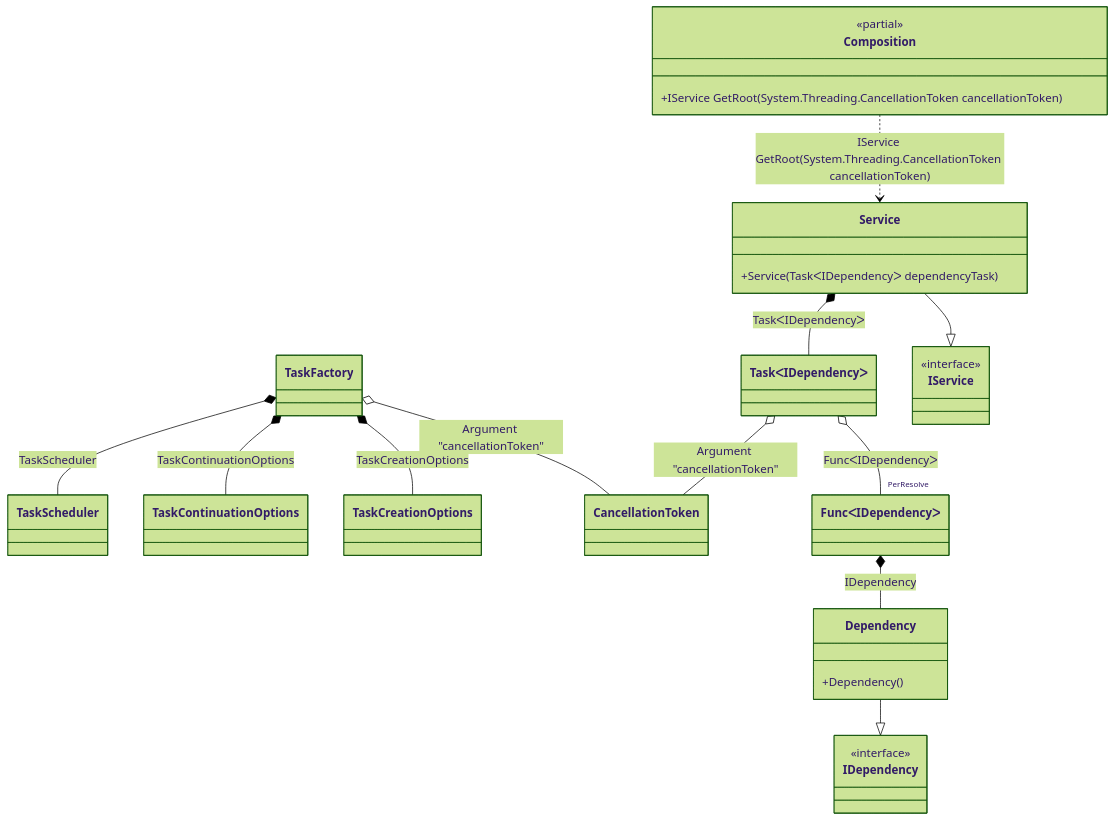
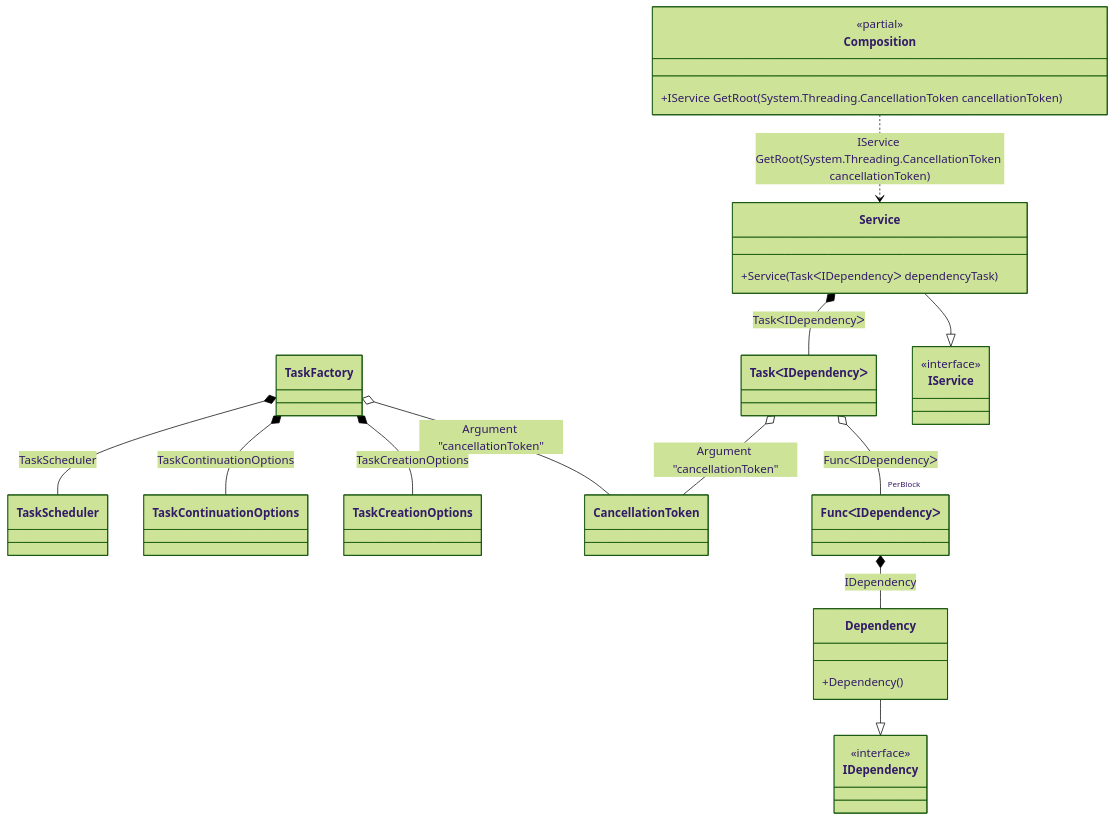
The diagram in readme/manually-started-tasks.md (DevTeam/Pure.DI), drawn with Mermaid (forest theme) before and after one commit. The commit also changed other lines of this file and 33 other files, not shown here.

````diff
--- a/readme/manually-started-tasks.md
+++ b/readme/manually-started-tasks.md
@@ -124,34 +111,34 @@
 ```mermaid
 classDiagram
 	class Composition {
 		<<partial>>
 		+IService GetRoot(System.Threading.CancellationToken cancellationToken)
 	}
 	class TaskFactory
 	class CancellationToken
 	Dependency --|> IDependency
 	class Dependency {
 		+Dependency()
 	}
 	Service --|> IService
 	class Service {
 		+Service(TaskᐸIDependencyᐳ dependencyTask)
 	}
 	class TaskᐸIDependencyᐳ
 	class FuncᐸIDependencyᐳ
 	class IDependency {
 		<<interface>>
 	}
 	class IService {
 		<<interface>>
 	}
 	Composition ..> Service : IService GetRoot(System.Threading.CancellationToken cancellationToken)
 	TaskFactory o-- CancellationToken : Argument "cancellationToken"
 	TaskFactory *--  TaskCreationOptions : TaskCreationOptions
 	TaskFactory *--  TaskContinuationOptions : TaskContinuationOptions
 	TaskFactory *--  TaskScheduler : TaskScheduler
 	Service *--  TaskᐸIDependencyᐳ : TaskᐸIDependencyᐳ
-	TaskᐸIDependencyᐳ o-- "PerResolve" FuncᐸIDependencyᐳ : FuncᐸIDependencyᐳ
+	TaskᐸIDependencyᐳ o-- "PerBlock" FuncᐸIDependencyᐳ : FuncᐸIDependencyᐳ
 	TaskᐸIDependencyᐳ o-- CancellationToken : Argument "cancellationToken"
 	FuncᐸIDependencyᐳ *--  Dependency : IDependency
 ```
````
